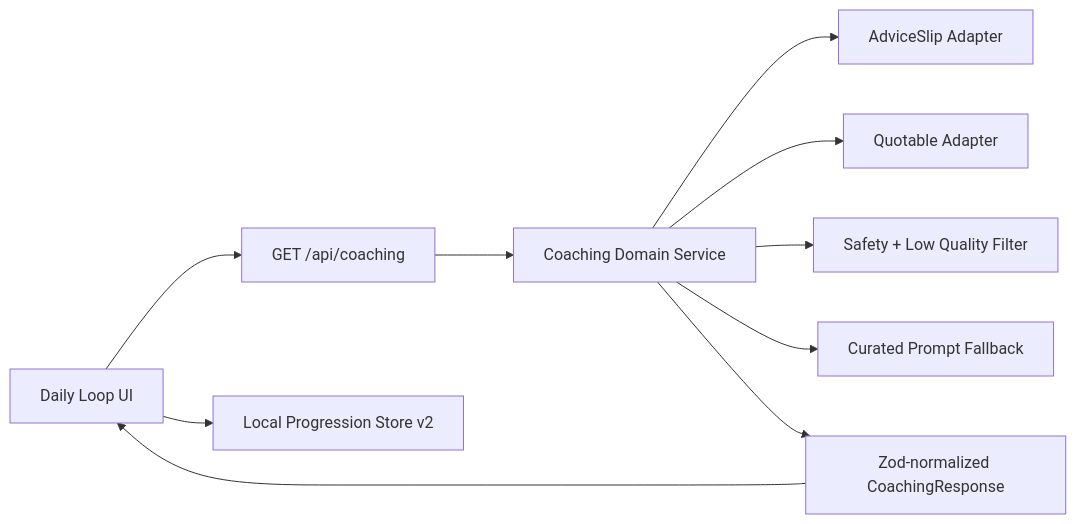
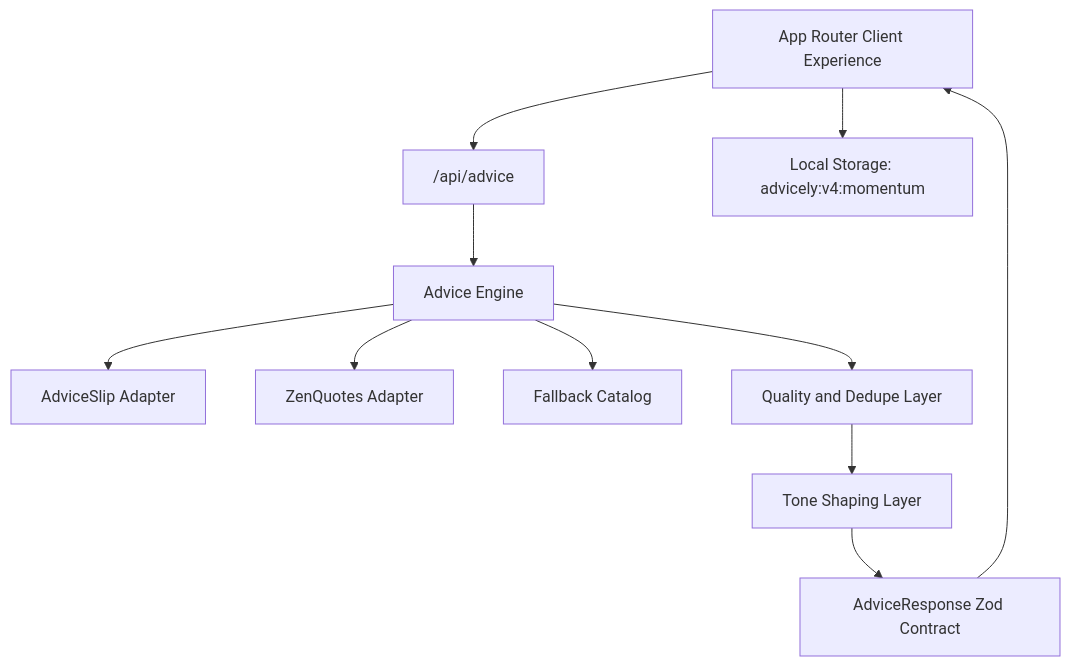
One commit to AibSyed/advicely changed the diagram in docs/architecture.md. Above: the diagram before and after it, drawn with Mermaid. The commit also changed other lines of this file and 57 other files, not shown here.

First line of the commit message:
feat: advicely v4 zero-legacy advice reactor relaunch (#13)

````diff
--- a/docs/architecture.md
+++ b/docs/architecture.md
@@ -10,12 +7,13 @@
 ```mermaid
-flowchart LR
-  UI["Daily Loop UI"] --> API["GET /api/coaching"]
-  API --> DOM["Coaching Domain Service"]
-  DOM --> P1["AdviceSlip Adapter"]
-  DOM --> P2["Quotable Adapter"]
-  DOM --> SAFE["Safety + Low Quality Filter"]
-  DOM --> FALL["Curated Prompt Fallback"]
-  DOM --> VM["Zod-normalized CoachingResponse"]
-  VM --> UI
-  UI --> STORE["Local Progression Store v2"]
+flowchart TB
+  UI["App Router Client Experience"] --> API["/api/advice"]
+  API --> ENG["Advice Engine"]
+  ENG --> PRI["AdviceSlip Adapter"]
+  ENG --> SEC["ZenQuotes Adapter"]
+  ENG --> CAT["Fallback Catalog"]
+  ENG --> QUAL["Quality and Dedupe Layer"]
+  QUAL --> SHAPE["Tone Shaping Layer"]
+  SHAPE --> CONTRACT["AdviceResponse Zod Contract"]
+  CONTRACT --> UI
+  UI --> STORE["Local Storage: advicely:v4:momentum"]
 ```
````
